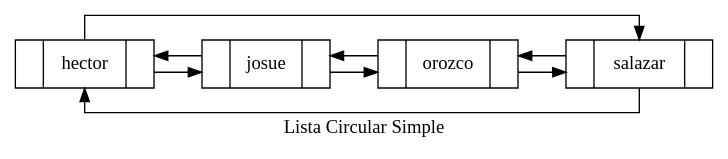
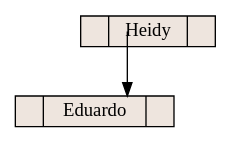
Before and after one commit to hr9457/EDD_1S2020_PY1_201314296: the diagram in ArchivosDot/ListaCircular.dot, drawn with Graphviz. The commit also changed 9 other files, not shown here.

```diff
--- a/ArchivosDot/ListaCircular.dot
+++ b/ArchivosDot/ListaCircular.dot
@@ -1,17 +1,9 @@
-digraph ListaDoble {
-rankdir=LR;
-splines=ortho;
-Nodo0[shape=record,label="{<pre>|hector|<next>}"];
-Nodo1[shape=record,label="{<pre>|josue|<next>}"];
-Nodo2[shape=record,label="{<pre>|orozco|<next>}"];
-Nodo3[shape=record,label="{<pre>|salazar|<next>}"];
-Nodo0->Nodo1;
-Nodo1->Nodo0;
-Nodo1->Nodo2;
-Nodo2->Nodo1;
-Nodo2->Nodo3;
-Nodo3->Nodo2;
-Nodo3->Nodo0[constraint=false];
-Nodo0->Nodo3[constraint=false];
-label = " Lista Circular Simple";
+digraph arbol
+{
+rankdir=TB;
+graph [splines=ortho, nodesep=0.5];
+node [shape = record, style=filled, fillcolor=seashell2,width=0.7,height=0.2];
+nodoHeidy[ label = "<C0>|Heidy|<C1>"]; 
+nodoHeidy:C0->nodoEduardo
+nodoEduardo[ label = "<C0>|Eduardo|<C1>"]; 
 }
```
